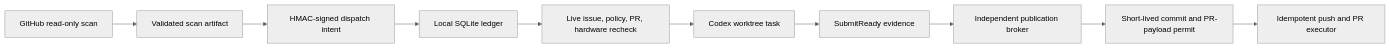
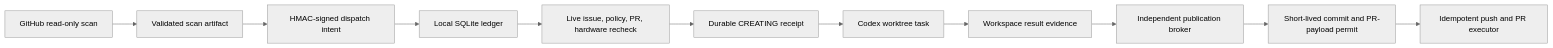
One commit to Oxygen56/oss-pr-radar changed the diagram in README.md. Above: the diagram before and after it, drawn with Mermaid (neutral theme). The commit also changed other lines of this file and 10 other files, not shown here.

````diff
--- a/README.md
+++ b/README.md
@@ -73,12 +79,13 @@
 ```mermaid
 flowchart LR
   G["GitHub read-only scan"] --> S["Validated scan artifact"]
   S --> Q["HMAC-signed dispatch intent"]
   Q --> L["Local SQLite ledger"]
-  L --> V["Live issue, policy, PR, hardware recheck"]
-  V --> T["Codex worktree task"]
-  T --> R["SubmitReady evidence"]
+L --> V["Live issue, policy, PR, hardware recheck"]
+V --> C["Durable CREATING receipt"]
+C --> T["Codex worktree task"]
+T --> R["Workspace result evidence"]
   R --> B["Independent publication broker"]
   B --> P["Short-lived commit and PR-payload permit"]
   P --> E["Idempotent push and PR executor"]
 ```
````
